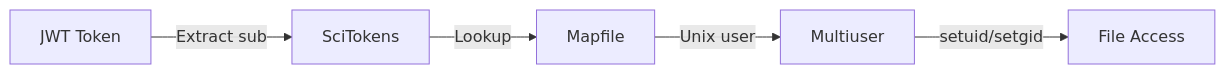
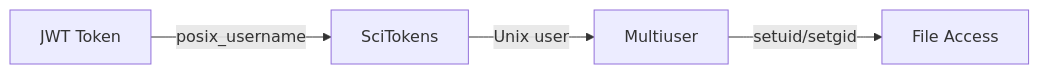
Before and after one commit to AnarManafov/dataharbor: the second of 2 diagrams in docker/xrootd/README.md, drawn with Mermaid. The commit also changed other lines of this file and 35 other files, not shown here.

First line of the commit message:
feat(auth): derive XRootD Unix user from posix_username claim

````diff
--- a/docker/xrootd/README.md
+++ b/docker/xrootd/README.md
@@ -93,7 +111,6 @@
 ```mermaid
 flowchart LR
-    TOKEN[JWT Token] -->|Extract sub| SCI[SciTokens]
-    SCI -->|Lookup| MAP[Mapfile]
-    MAP -->|Unix user| MULTI[Multiuser]
+    TOKEN[JWT Token] -->|posix_username| SCI[SciTokens]
+    SCI -->|Unix user| MULTI[Multiuser]
     MULTI -->|setuid/setgid| FS[File Access]
 ```
````
